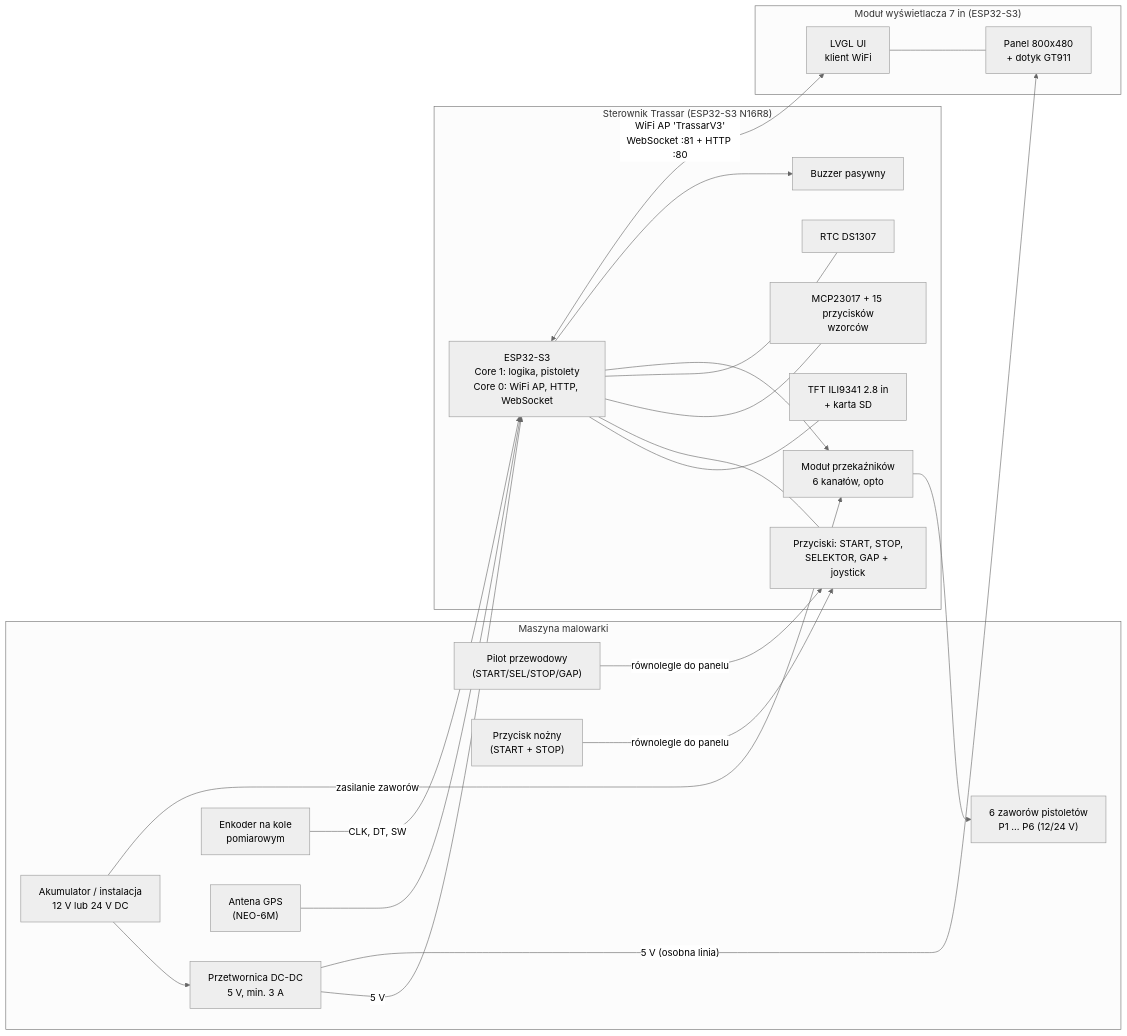
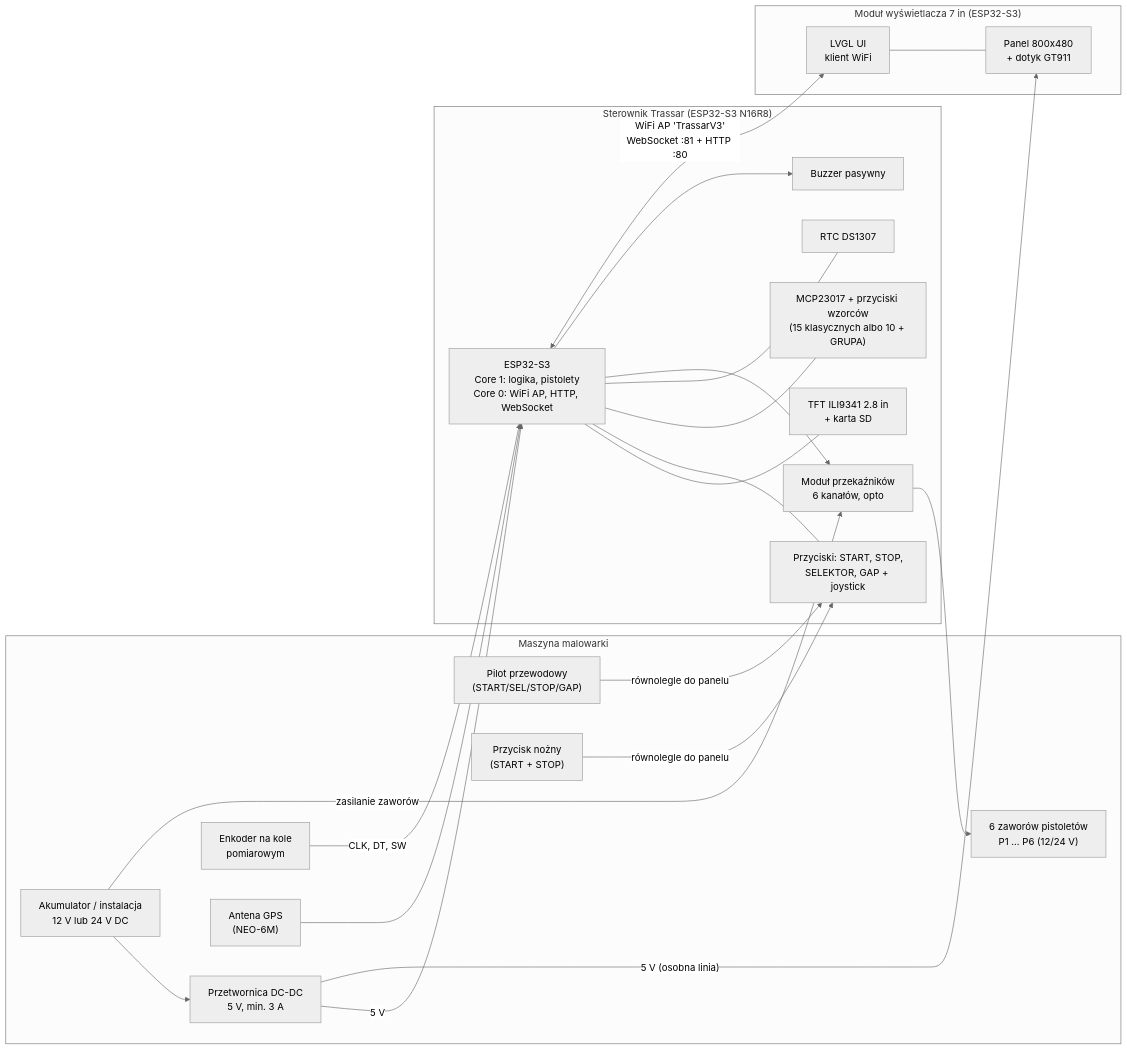
Before and after one commit to miastekpl/MPD2026: the first of 2 diagrams in docs/SCHEMAT_PODLACZEN.md, drawn with Mermaid (neutral theme). The commit also changed other lines of this file and 28 other files, not shown here.

First line of the commit message:
Add soft-key pattern buttons (OS/KRAWEDZ), SVG wiring schematic and panel visualizations

````diff
--- a/docs/SCHEMAT_PODLACZEN.md
+++ b/docs/SCHEMAT_PODLACZEN.md
@@ -31,45 +31,45 @@
 ```mermaid
 flowchart LR
     subgraph MASZYNA["Maszyna malowarki"]
         AKU["Akumulator / instalacja<br/>12 V lub 24 V DC"]
         DCDC["Przetwornica DC-DC<br/>5 V, min. 3 A"]
         ZAW["6 zaworów pistoletów<br/>P1 ... P6 (12/24 V)"]
         ENC["Enkoder na kole<br/>pomiarowym"]
         PIL["Pilot przewodowy<br/>(START/SEL/STOP/GAP)"]
         NOZ["Przycisk nożny<br/>(START + STOP)"]
         GPSANT["Antena GPS<br/>(NEO-6M)"]
     end
 
     subgraph STER["Sterownik Trassar (ESP32-S3 N16R8)"]
         MCU["ESP32-S3<br/>Core 1: logika, pistolety<br/>Core 0: WiFi AP, HTTP, WebSocket"]
         TFT["TFT ILI9341 2.8 in<br/>+ karta SD"]
         BTN["Przyciski: START, STOP,<br/>SELEKTOR, GAP + joystick"]
-        MCP["MCP23017 + 15 przycisków<br/>wzorców"]
+        MCP["MCP23017 + przyciski wzorców<br/>(15 klasycznych albo 10 + GRUPA)"]
         RTC["RTC DS1307"]
         REL["Moduł przekaźników<br/>6 kanałów, opto"]
         BUZ["Buzzer pasywny"]
     end
 
     subgraph DISP["Moduł wyświetlacza 7 in (ESP32-S3)"]
         LCD["Panel 800x480<br/>+ dotyk GT911"]
         LVGL["LVGL UI<br/>klient WiFi"]
     end
 
     AKU --> DCDC
     DCDC -->|"5 V"| MCU
     DCDC -->|"5 V (osobna linia)"| LCD
     AKU -->|"zasilanie zaworów"| REL
     REL --> ZAW
     MCU --- TFT
     MCU --- BTN
     MCU --- MCP
     MCU --- RTC
     MCU --> REL
     MCU --> BUZ
     ENC -->|"CLK, DT, SW"| MCU
     PIL -->|"równolegle do panelu"| BTN
     NOZ -->|"równolegle do panelu"| BTN
     GPSANT --> MCU
     MCU <-->|"WiFi AP 'TrassarV3'<br/>WebSocket :81 + HTTP :80"| LVGL
     LVGL --- LCD
 ```
````
